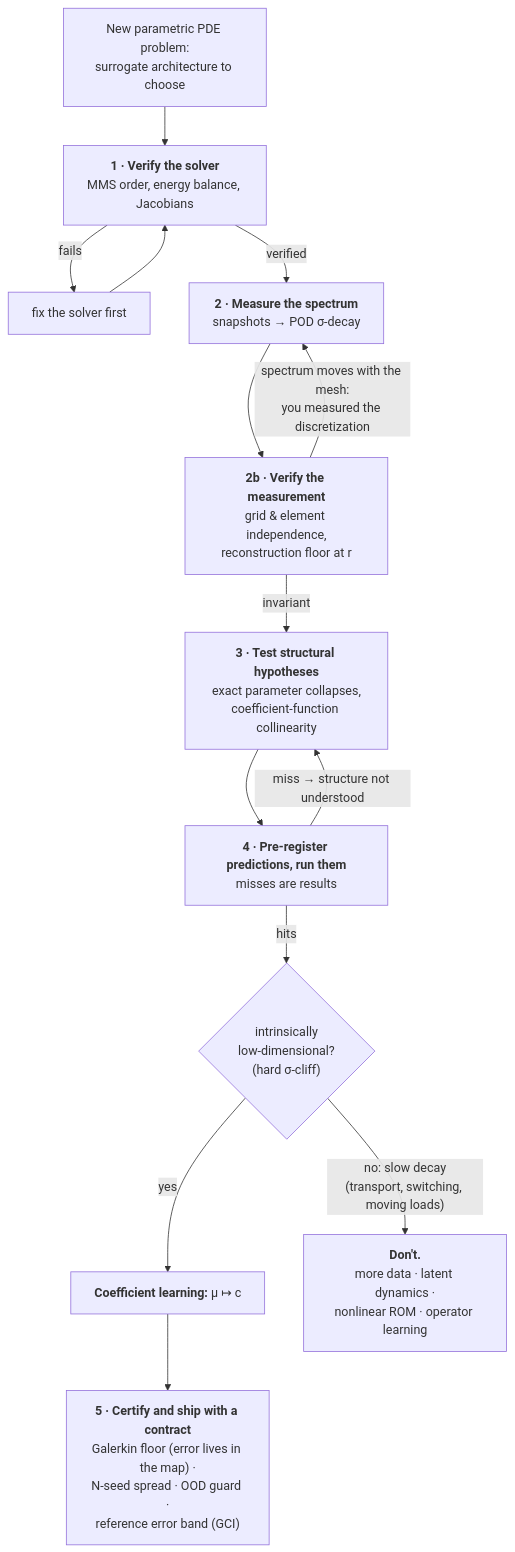
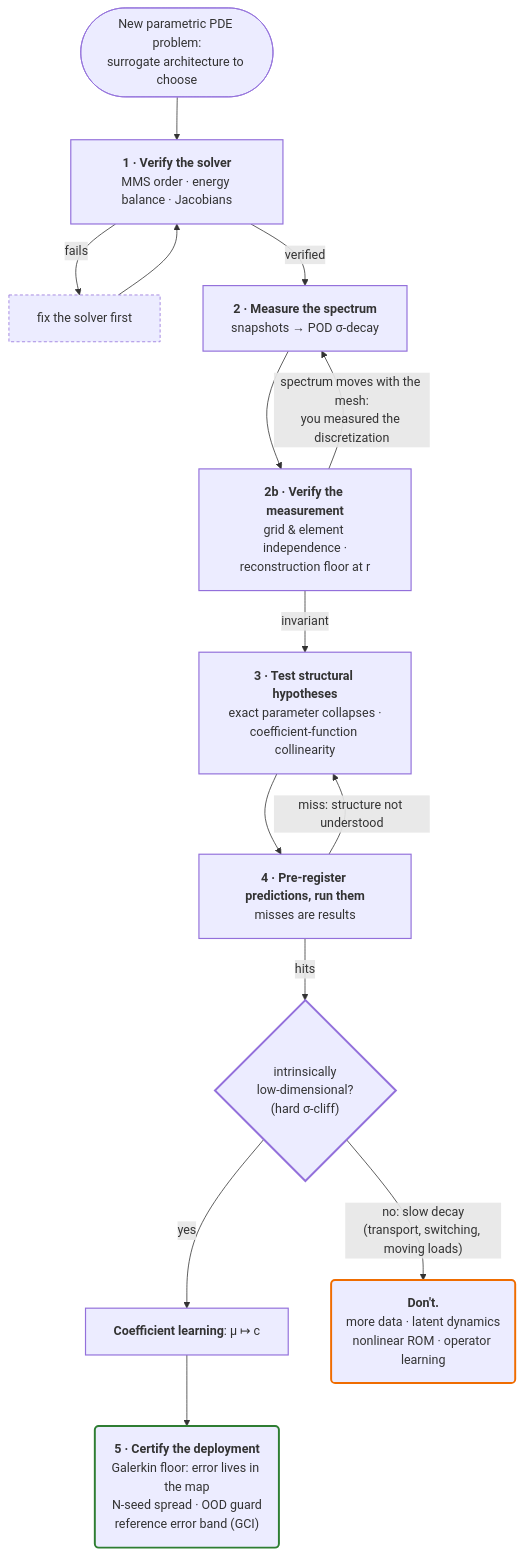
One commit to TommyDanMa/RadiativeSurrogates.jl changed the diagram in report/report.md. Above: the diagram before and after it, drawn with Mermaid. The commit also changed other lines of this file and 4 other files, not shown here.

Commit message:
Framing and style pass: operator-learning de-brand (Lu 2021 ref), small-M disclosure, flowchart restyle

````diff
--- a/report/report.md
+++ b/report/report.md
@@ -59,15 +62,28 @@
 ```mermaid
+%%{init: {"flowchart": {"padding": 18, "nodeSpacing": 55, "rankSpacing": 55, "diagramPadding": 14}}}%%
 flowchart TD
-    A["New parametric PDE problem:<br/>surrogate architecture to choose"] --> B["<b>1 · Verify the solver</b><br/>MMS order, energy balance, Jacobians"]
-    B -- "fails" --> B2["fix the solver first"] --> B
+    A(["New parametric PDE problem:<br/>surrogate architecture to choose"])
+    A --> B["<b>1 · Verify the solver</b><br/>MMS order · energy balance · Jacobians"]
+    B -- "fails" --> B2["fix the solver first"]
+    B2 --> B
     B -- "verified" --> C["<b>2 · Measure the spectrum</b><br/>snapshots → POD σ-decay"]
-    C --> C2["<b>2b · Verify the measurement</b><br/>grid & element independence,<br/>reconstruction floor at r"]
+    C --> C2["<b>2b · Verify the measurement</b><br/>grid & element independence ·<br/>reconstruction floor at r"]
     C2 -- "spectrum moves with the mesh:<br/>you measured the discretization" --> C
-    C2 -- "invariant" --> D["<b>3 · Test structural hypotheses</b><br/>exact parameter collapses,<br/>coefficient-function collinearity"]
+    C2 -- "invariant" --> D["<b>3 · Test structural hypotheses</b><br/>exact parameter collapses ·<br/>coefficient-function collinearity"]
     D --> E["<b>4 · Pre-register predictions, run them</b><br/>misses are results"]
-    E -- "miss → structure not understood" --> D
+    E -- "miss: structure not understood" --> D
     E -- "hits" --> F{"intrinsically<br/>low-dimensional?<br/>(hard σ-cliff)"}
-    F -- "yes" --> G["<b>Coefficient learning:</b> μ ↦ c"]
-    G --> G2["<b>5 · Certify and ship with a contract</b><br/>Galerkin floor (error lives in the map) ·<br/>N-seed spread · OOD guard ·<br/>reference error band (GCI)"]
-    F -- "no: slow decay<br/>(transport, switching, moving loads)" --> H["<b>Don't.</b><br/>more data · latent dynamics ·<br/>nonlinear ROM · operator learning"]
+    F -- "yes" --> G["<b>Coefficient learning</b>: μ ↦ c"]
+    G --> G2("<b>5 · Certify the deployment</b><br/>Galerkin floor: error lives in the map<br/>N-seed spread · OOD guard<br/>reference error band (GCI)")
+    F -- "no: slow decay<br/>(transport, switching, moving loads)" --> H("<b>Don't.</b><br/>more data · latent dynamics<br/>nonlinear ROM · operator learning")
+    classDef step stroke-width:1.5px
+    classDef gate stroke-width:2.5px
+    classDef go stroke:#2e7d32,stroke-width:2.5px
+    classDef redirect stroke:#ef6c00,stroke-width:2.5px
+    classDef fixloop stroke-dasharray:4 3
+    class B,C,C2,D,E,G step
+    class F gate
+    class G2 go
+    class H redirect
+    class B2 fixloop
 ```
````
